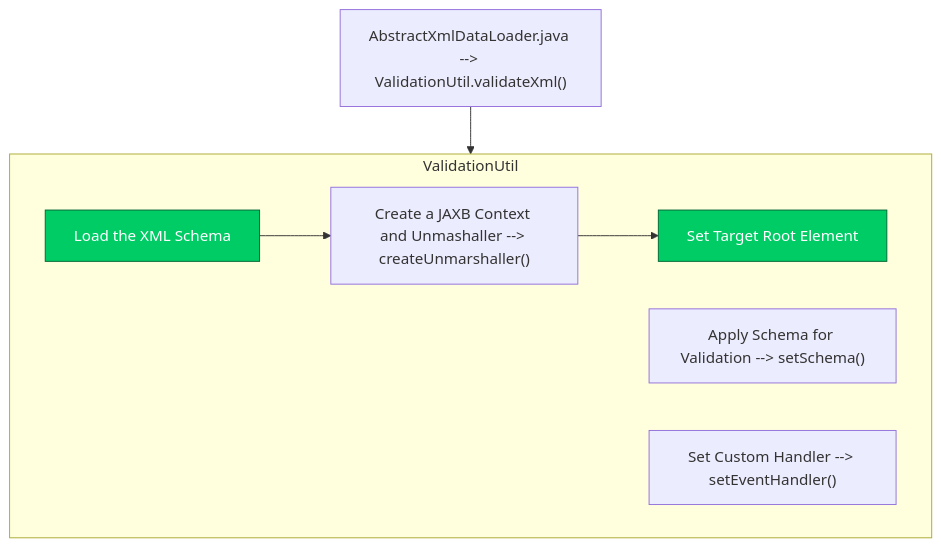
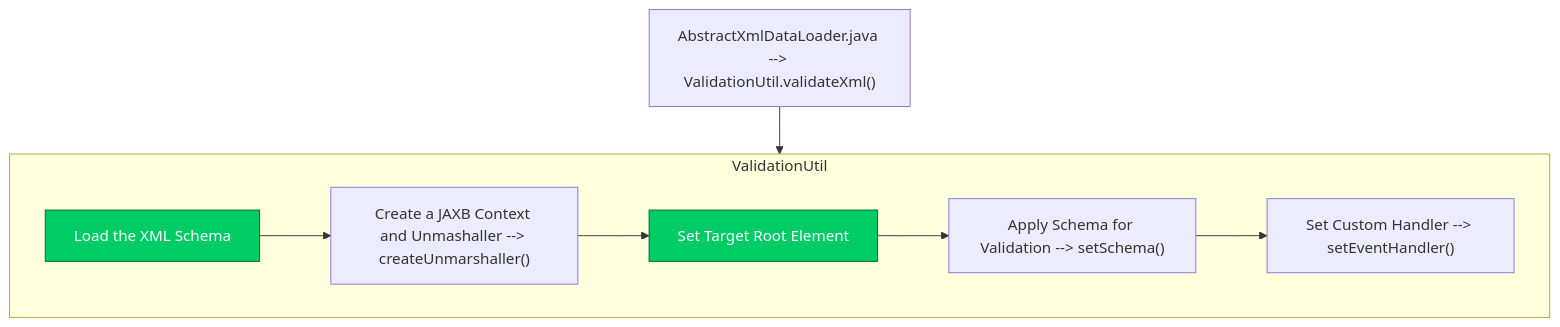
One commit to luthfiadityaa/SimeDarby-Wiki changed the eighth of 8 diagrams in Basic-Design/Host-Interfaces.md. Above: the diagram before and after it, drawn with Mermaid.

Commit message:
Updated Host Interfaces

```diff
--- a/Basic-Design/Host-Interfaces.md
+++ b/Basic-Design/Host-Interfaces.md
@@ -637,19 +637,19 @@
 ::: mermaid
 flowchart TD
  C1["AbstractXmlDataLoader.java --> ValidationUtil.validateXml()"]
  C1 --> ValidationUtil
 
 subgraph ValidationUtil
- C2 --> C3 --> C4
+ C2 --> C3 --> C4 --> C5 --> C6
  C2["Load the XML Schema"]
  C3["Create a JAXB Context and Unmashaller --> createUnmarshaller()"]
  C4["Set Target Root Element"]
  C5["Apply Schema for Validation --> setSchema()"]
  C6["Set Custom Handler --> setEventHandler()"]
 end
 
 click C2 "https://dev.azure.com/Daifuku-SW/ID_SimeDarbyPlantation/_wiki/wikis/ID_SimeDarbyPlantation.wiki/833/Host-Interfaces?anchor=stage-5"
 click C4 "https://dev.azure.com/Daifuku-SW/ID_SimeDarbyPlantation/_wiki/wikis/ID_SimeDarbyPlantation.wiki/833/Host-Interfaces?anchor=stage-4"
 style C2 fill:#00cc66,stroke:#006633,color:#ffffff
 style C4 fill:#00cc66,stroke:#006633,color:#ffffff
 :::
```
